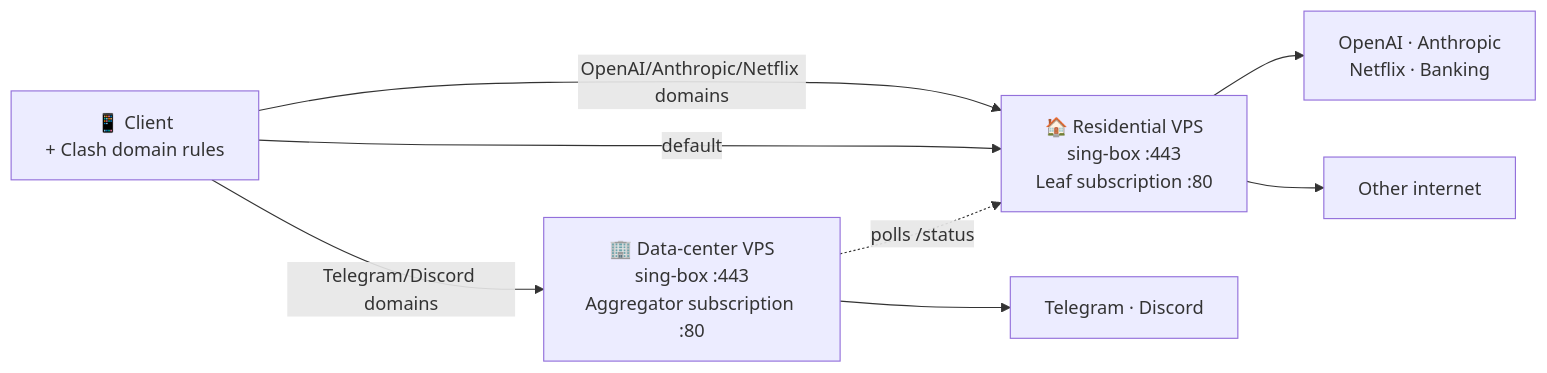
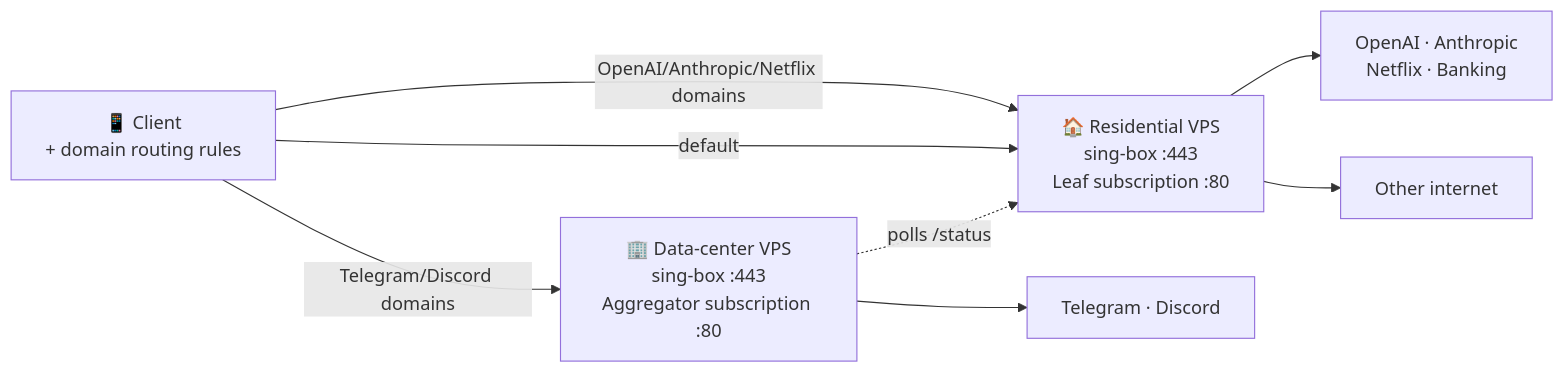
Before and after one commit to tytsxai/anyreality-resi-stack: the second of 2 diagrams in README.md, drawn with Mermaid. The commit also changed other lines of this file and 47 other files, not shown here.

````diff
--- a/README.md
+++ b/README.md
@@ -178,16 +217,16 @@
 ```mermaid
 flowchart LR
-    Client["📱 Client<br/>+ Clash domain rules"]
+    Client["📱 Client<br/>+ domain routing rules"]
     Resi["🏠 Residential VPS<br/>sing-box :443<br/>Leaf subscription :80"]
     DC["🏢 Data-center VPS<br/>sing-box :443<br/>Aggregator subscription :80"]
     OpenAI["OpenAI · Anthropic<br/>Netflix · Banking"]
     TG["Telegram · Discord"]
     Other["Other internet"]
     Client -->|"OpenAI/Anthropic/Netflix domains"| Resi
     Client -->|"Telegram/Discord domains"| DC
     Client -->|"default"| Resi
     Resi --> OpenAI
     Resi --> Other
     DC --> TG
     DC -.->|"polls /status"| Resi
 ```
````
